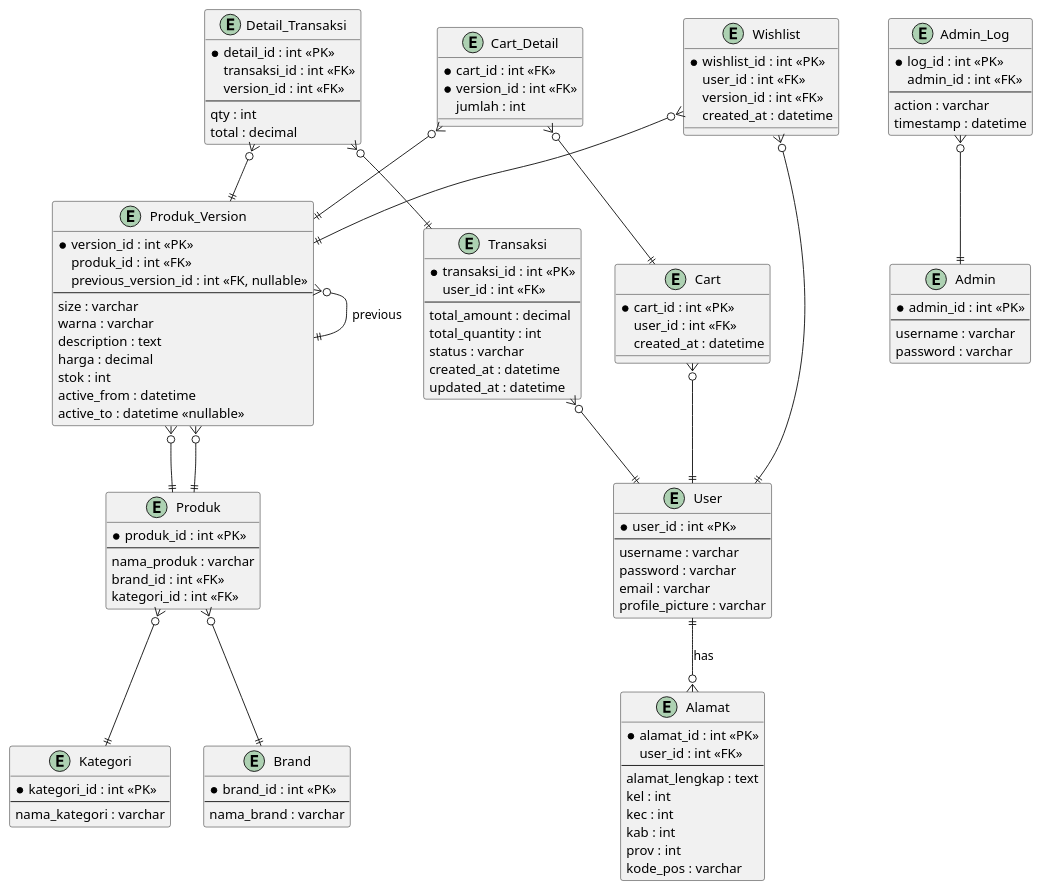
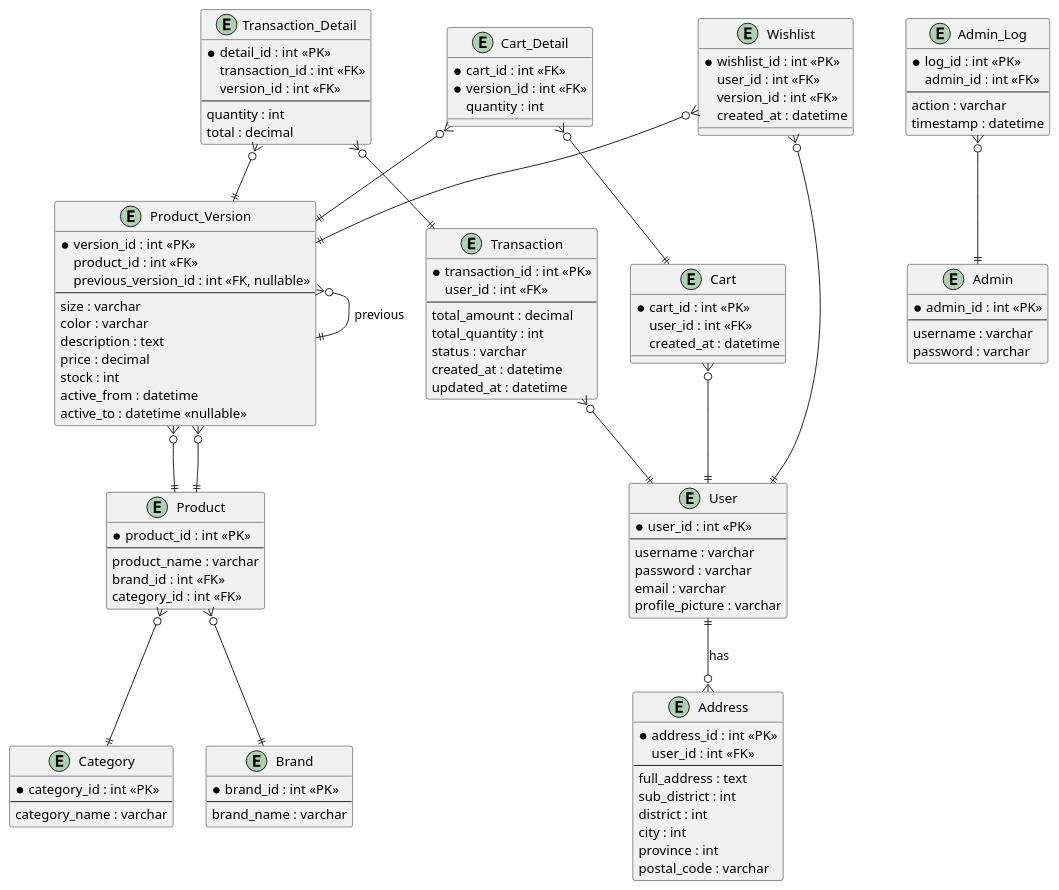
Before and after one commit to andrr64/vintage-online-shop: the diagram in documents/ERD.puml, drawn with PlantUML. The commit also changed 2 other files, not shown here.

Commit message:
feat: update ERD with English entity names and add use case diagrams for user and admin

```diff
--- a/documents/ERD.puml
+++ b/documents/ERD.puml
@@ -1,131 +1,131 @@
 @startuml
 
 entity "User" as user {
   *user_id : int <<PK>>
   --
   username : varchar
   password : varchar
   email : varchar
   profile_picture : varchar
 }
 
 entity "Admin" as admin {
   *admin_id : int <<PK>>
   --
   username : varchar
   password : varchar
 }
 
-entity "Transaksi" as transaksi {
-  *transaksi_id : int <<PK>>
+entity "Transaction" as transaction {
+  *transaction_id : int <<PK>>
   user_id : int <<FK>>
   --
   total_amount : decimal
   total_quantity : int
   status : varchar
   created_at : datetime
   updated_at : datetime
 }
 
-entity "Detail_Transaksi" as detail_transaksi {
+entity "Transaction_Detail" as transaction_detail {
   *detail_id : int <<PK>>
-  transaksi_id : int <<FK>>
+  transaction_id : int <<FK>>
   version_id : int <<FK>>
   --
-  qty : int
+  quantity : int
   total : decimal
 }
 
 entity "Admin_Log" as admin_log {
   *log_id : int <<PK>>
   admin_id : int <<FK>>
   --
   action : varchar
   timestamp : datetime
 }
 
-entity "Produk" as produk {
-  *produk_id : int <<PK>>
+entity "Product" as product {
+  *product_id : int <<PK>>
   --
-  nama_produk : varchar
+  product_name : varchar
   brand_id : int <<FK>>
-  kategori_id : int <<FK>>
+  category_id : int <<FK>>
 }
 
-entity "Produk_Version" as produk_version {
+entity "Product_Version" as product_version {
   *version_id : int <<PK>>
-  produk_id : int <<FK>>
+  product_id : int <<FK>>
   previous_version_id : int <<FK, nullable>>
   --
   size : varchar
-  warna : varchar
+  color : varchar
   description : text
-  harga : decimal
-  stok : int
+  price : decimal
+  stock : int
   active_from : datetime
   active_to : datetime <<nullable>>
 }
 
-entity "Kategori" as kategori {
-  *kategori_id : int <<PK>>
+entity "Category" as category {
+  *category_id : int <<PK>>
   --
-  nama_kategori : varchar
+  category_name : varchar
 }
 
 entity "Brand" as brand {
   *brand_id : int <<PK>>
   --
-  nama_brand : varchar
+  brand_name : varchar
 }
 
-entity "Alamat" as alamat {
-  *alamat_id : int <<PK>>
+entity "Address" as address {
+  *address_id : int <<PK>>
   user_id : int <<FK>>
   --
-  alamat_lengkap : text
-  kel : int
-  kec : int
-  kab : int
-  prov : int
-  kode_pos : varchar
+  full_address : text
+  sub_district : int
+  district : int
+  city : int
+  province : int
+  postal_code : varchar
 }
 
 entity "Cart" as cart {
   *cart_id : int <<PK>>
   user_id : int <<FK>>
   created_at : datetime
 }
 
 entity "Cart_Detail" as cart_detail {
   *cart_id : int <<FK>>
   *version_id : int <<FK>>
-  jumlah : int
+  quantity : int
 }
 
 entity "Wishlist" as wishlist {
   *wishlist_id : int <<PK>>
   user_id : int <<FK>>
   version_id : int <<FK>>
   created_at : datetime
 }
 
 ' =========================
-' Relasi
+' Relationships
 ' =========================
-user ||--o{ alamat             : has
-produk }o--|| kategori
-produk }o--|| brand
+user ||--o{ address             : has
+product }o--|| category
+product }o--|| brand
 admin_log }o--|| admin
 cart }o--|| user
 cart_detail }o--|| cart
-cart_detail }o--|| produk_version
+cart_detail }o--|| product_version
 wishlist }o--|| user
-wishlist }o--|| produk_version
-transaksi }o--|| user
-detail_transaksi }o--|| transaksi
-detail_transaksi }o--|| produk_version
-produk ||--o{ produk_version
-produk_version }o--|| produk
-produk_version }o--|| produk_version : previous
+wishlist }o--|| product_version
+transaction }o--|| user
+transaction_detail }o--|| transaction
+transaction_detail }o--|| product_version
+product ||--o{ product_version
+product_version }o--|| product
+product_version }o--|| product_version : previous
 
 @enduml
```
